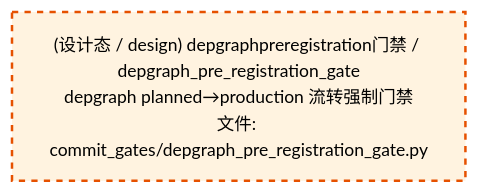
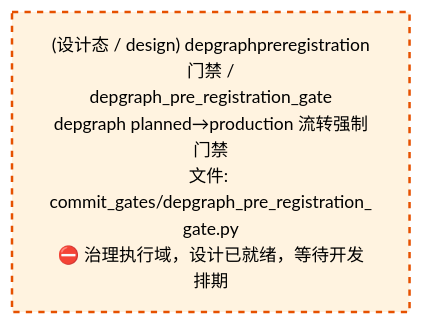
The third of 4 diagrams in docs/02_enterprise_architecture/02_domain_architecture_docs/53_d_gov_enforcement.md (xuanFelixVan/ZephyrAlpha), drawn with Mermaid before and after one commit. The commit also changed other lines of this file and 61 other files, not shown here.

````diff
--- a/docs/02_enterprise_architecture/02_domain_architecture_docs/53_d_gov_enforcement.md
+++ b/docs/02_enterprise_architecture/02_domain_architecture_docs/53_d_gov_enforcement.md
@@ -342,10 +342,10 @@
 ```mermaid
 %%{init: {'theme': 'base', 'themeVariables': {'primaryColor': '#eaeaea', 'primaryTextColor': '#333333', 'primaryBorderColor': '#666666', 'lineColor': '#666666', 'secondaryColor': '#eaeaea', 'tertiaryColor': '#eaeaea', 'fontSize': '14px'}}}%%
 flowchart TD
-    src_zephyr_gov_enforcement_commit_gates_depgraph_pre_registration_gate_py["(设计态 / design) depgraphpreregistration门禁 / depgraph_pre_registration_gate<br/>depgraph planned→production 流转强制门禁<br/>文件: commit_gates/depgraph_pre_registration_gate.py"]
+    src_zephyr_gov_enforcement_commit_gates_depgraph_pre_registration_gate_py["(设计态 / design) depgraphpreregistration门禁 /<br/>depgraph_pre_registration_gate<br/>depgraph planned→production 流转强制门禁<br/>文件: commit_gates/depgraph_pre_registration_<br/>gate.py<br/>⛔ 治理执行域，设计已就绪，等待开发排期"]
     classDef production fill:#e1f5fe,stroke:#01579b,stroke-width:2px,color:#000
     classDef design fill:#fff3e0,stroke:#e65100,stroke-width:2px,color:#000,stroke-dasharray: 5 5
     classDef external_prod fill:#e8f4fd,stroke:#0277bd,stroke-width:1px,color:#000
     classDef external_design fill:#fff8e7,stroke:#ef6c00,stroke-width:1px,color:#000,stroke-dasharray: 5 5
     class src_zephyr_gov_enforcement_commit_gates_depgraph_pre_registration_gate_py design
 ```
````
